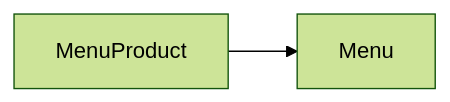
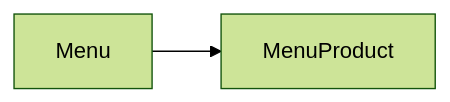
Before and after one commit to woowacourse/jwp-refactoring: the fourth of 14 diagrams in README.md, drawn with Mermaid (forest theme). The commit also changed other lines of this file, not shown here.

````diff
--- a/README.md
+++ b/README.md
@@ -106,4 +106,4 @@
   ```mermaid
   graph LR
-    MenuProduct --> Menu
+    Menu --> MenuProduct
   ```
````
